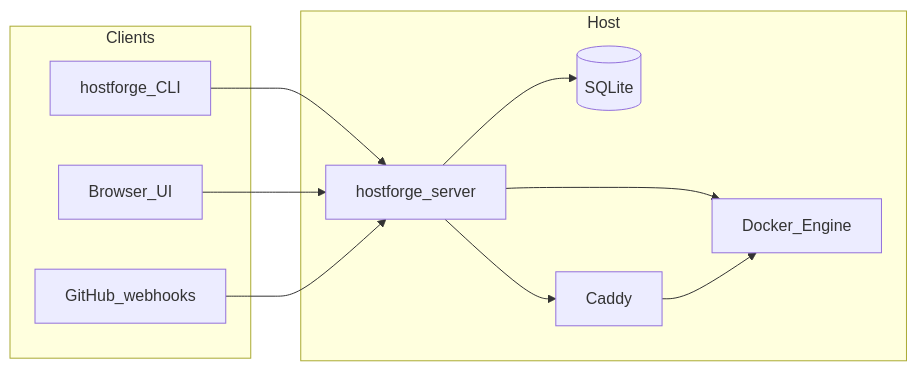
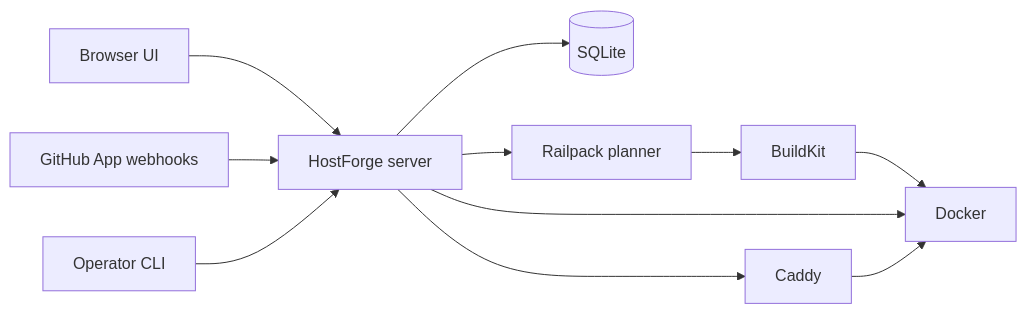
Before and after one commit to furious-fury/HostForge: the diagram in site/src/content/docs/10-architecture.md, drawn with Mermaid. The commit also changed other lines of this file and 156 other files, not shown here.

First line of the commit message:
feat: complete HostForge v2 server and UI integration

````diff
--- a/site/src/content/docs/10-architecture.md
+++ b/site/src/content/docs/10-architecture.md
@@ -11,21 +9,13 @@
 ```mermaid
 flowchart LR
-  subgraph clients [Clients]
-    CLI[hostforge_CLI]
-    UI[Browser_UI]
-    GH[GitHub_webhooks]
-  end
-  subgraph host [Host]
-    SRV[hostforge_server]
-    DB[(SQLite)]
-    DK[Docker_Engine]
-    CAD[Caddy]
-  end
-  CLI --> SRV
-  UI --> SRV
-  GH --> SRV
-  SRV --> DB
+  UI[Browser UI] --> SRV[HostForge server]
+  GH[GitHub App webhooks] --> SRV
+  CLI[Operator CLI] --> SRV
+  SRV --> DB[(SQLite)]
+  SRV --> RP[Railpack planner]
+  RP --> BK[BuildKit]
+  BK --> DK[Docker]
   SRV --> DK
-  SRV --> CAD
+  SRV --> CAD[Caddy]
   CAD --> DK
 ```
````
